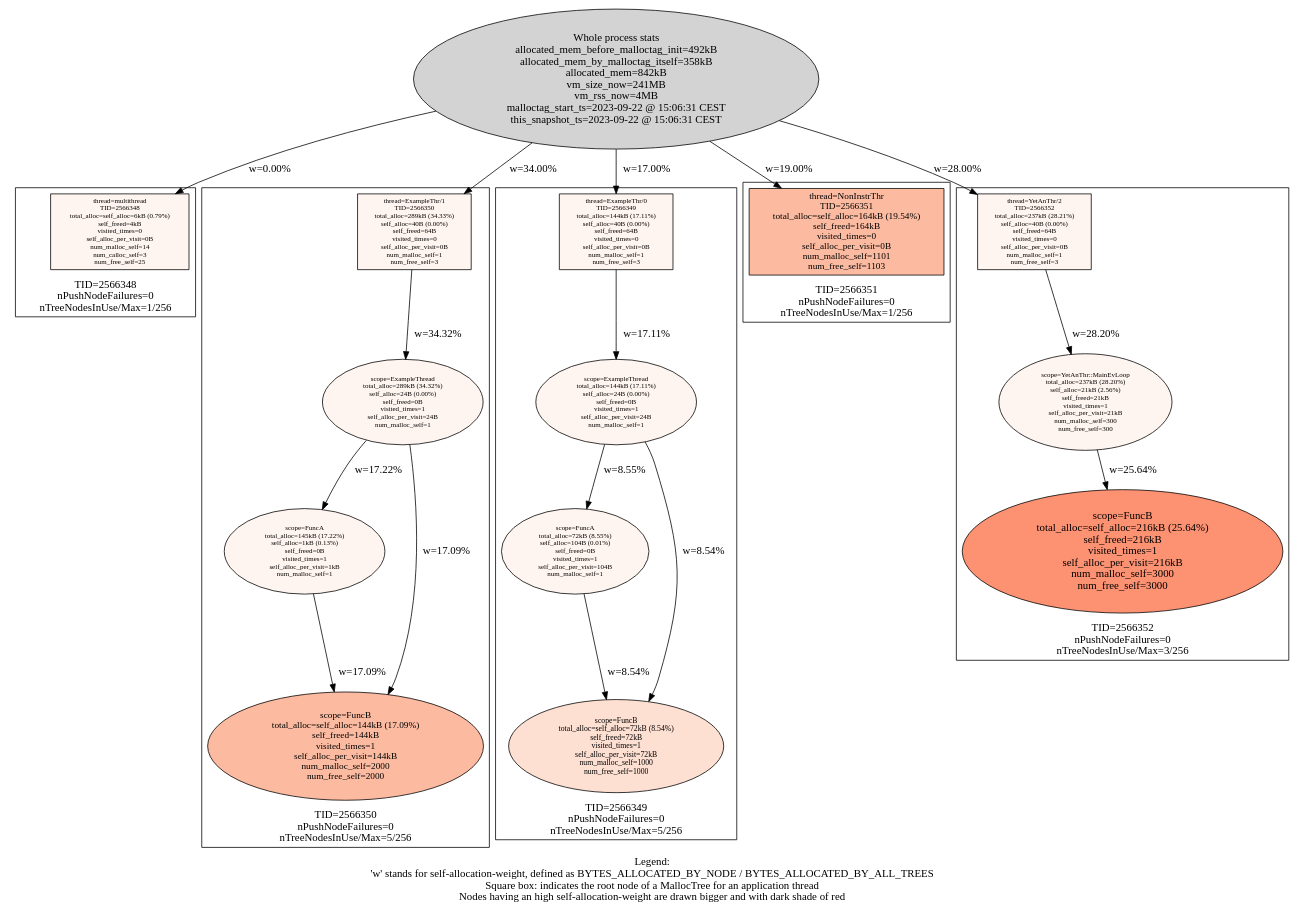
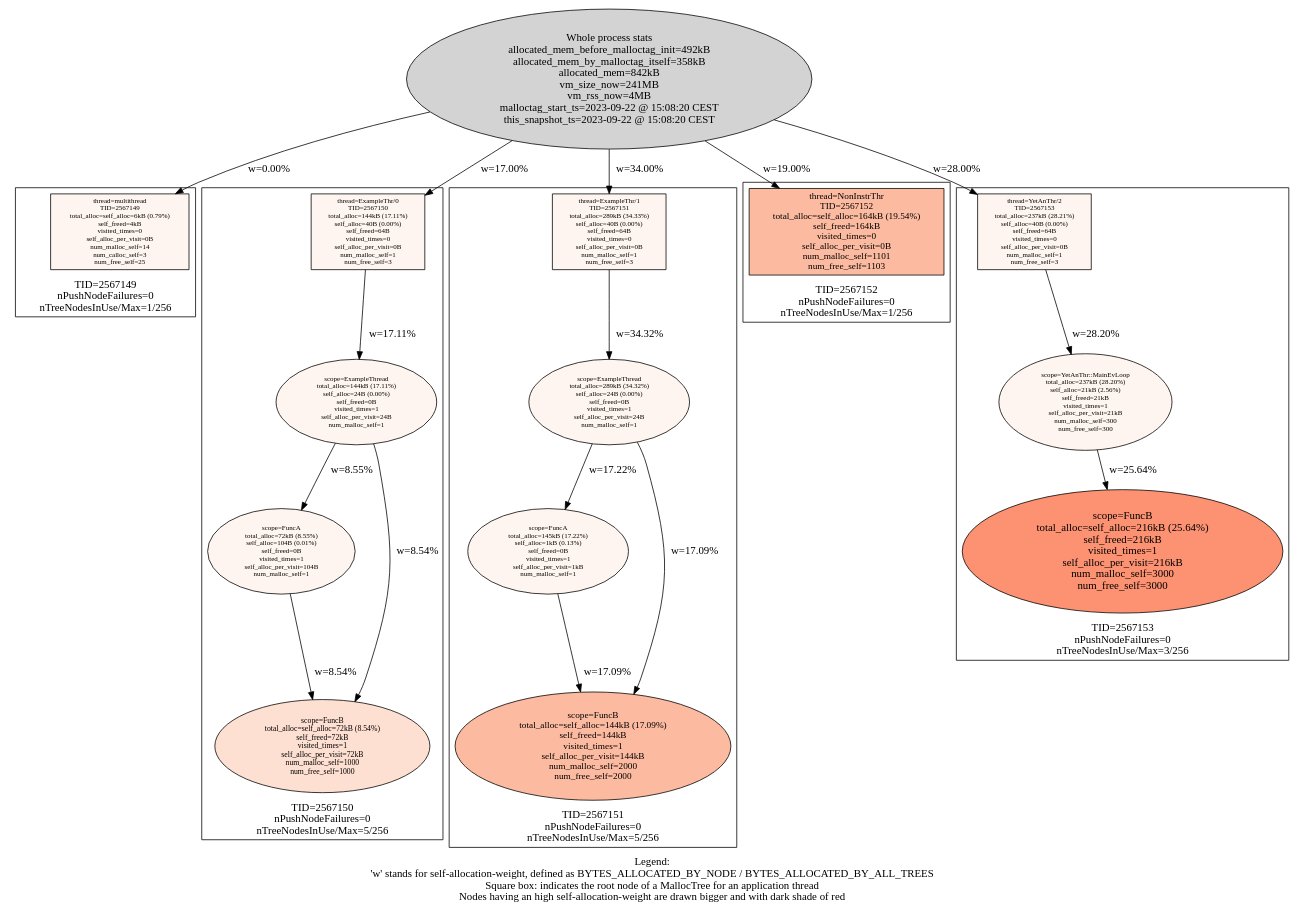
One commit to f18m/malloc-tag changed the diagram in examples/multithread/multithread_stats.dot. Above: the diagram before and after it, drawn with Graphviz. The commit also changed 5 other files, not shown here.

```diff
--- a/examples/multithread/multithread_stats.dot
+++ b/examples/multithread/multithread_stats.dot
@@ -1,82 +1,82 @@
 digraph AllMallocTrees {
  node [colorscheme=reds9 style=filled]
-  "Process 2566348" [label="Whole process stats\nallocated_mem_before_malloctag_init=492kB\nallocated_mem_by_malloctag_itself=358kB\nallocated_mem=842kB\nvm_size_now=241MB\nvm_rss_now=4MB\nmalloctag_start_ts=2023-09-22 @ 15:06:31 CEST\nthis_snapshot_ts=2023-09-22 @ 15:06:31 CEST\n"
+  "Process 2567149" [label="Whole process stats\nallocated_mem_before_malloctag_init=492kB\nallocated_mem_by_malloctag_itself=358kB\nallocated_mem=842kB\nvm_size_now=241MB\nvm_rss_now=4MB\nmalloctag_start_ts=2023-09-22 @ 15:08:20 CEST\nthis_snapshot_ts=2023-09-22 @ 15:08:20 CEST\n"
 ]
- subgraph cluster_TID2566348 {
+ subgraph cluster_TID2567149 {
   node [colorscheme=reds9 style=filled]
   labelloc="b"
-  label="TID=2566348\nnPushNodeFailures=0\nnTreeNodesInUse/Max=1/256\n"
-  "2566348_multithread" [label="thread=multithread\nTID=2566348\ntotal_alloc=self_alloc=6kB (0.79%)\nself_freed=4kB\nvisited_times=0\nself_alloc_per_visit=0B\nnum_malloc_self=14\nnum_calloc_self=3\nnum_free_self=25\n"
+  label="TID=2567149\nnPushNodeFailures=0\nnTreeNodesInUse/Max=1/256\n"
+  "2567149_multithread" [label="thread=multithread\nTID=2567149\ntotal_alloc=self_alloc=6kB (0.79%)\nself_freed=4kB\nvisited_times=0\nself_alloc_per_visit=0B\nnum_malloc_self=14\nnum_calloc_self=3\nnum_free_self=25\n"
  shape=box fillcolor=1 fontsize=9]
  }
 
-  "Process 2566348" -> "2566348_multithread" [label="w=0.00%"]
- subgraph cluster_TID2566350 {
+  "Process 2567149" -> "2567149_multithread" [label="w=0.00%"]
+ subgraph cluster_TID2567150 {
   node [colorscheme=reds9 style=filled]
   labelloc="b"
-  label="TID=2566350\nnPushNodeFailures=0\nnTreeNodesInUse/Max=5/256\n"
-  "2566350_ExampleThr/1" [label="thread=ExampleThr/1\nTID=2566350\ntotal_alloc=289kB (34.33%)\nself_alloc=40B (0.00%)\nself_freed=64B\nvisited_times=0\nself_alloc_per_visit=0B\nnum_malloc_self=1\nnum_free_self=3\n"
+  label="TID=2567150\nnPushNodeFailures=0\nnTreeNodesInUse/Max=5/256\n"
+  "2567150_ExampleThr/0" [label="thread=ExampleThr/0\nTID=2567150\ntotal_alloc=144kB (17.11%)\nself_alloc=40B (0.00%)\nself_freed=64B\nvisited_times=0\nself_alloc_per_visit=0B\nnum_malloc_self=1\nnum_free_self=3\n"
  shape=box fillcolor=1 fontsize=9]
-  "2566350_ExampleThr/1" -> "2566350_ExampleThread" [label="w=34.32%"]
-  "2566350_ExampleThread" [label="scope=ExampleThread\ntotal_alloc=289kB (34.32%)\nself_alloc=24B (0.00%)\nself_freed=0B\nvisited_times=1\nself_alloc_per_visit=24B\nnum_malloc_self=1\n"
+  "2567150_ExampleThr/0" -> "2567150_ExampleThread" [label="w=17.11%"]
+  "2567150_ExampleThread" [label="scope=ExampleThread\ntotal_alloc=144kB (17.11%)\nself_alloc=24B (0.00%)\nself_freed=0B\nvisited_times=1\nself_alloc_per_visit=24B\nnum_malloc_self=1\n"
  fillcolor=1 fontsize=9]
-  "2566350_ExampleThread" -> "2566350_FuncA" [label="w=17.22%"]
-  "2566350_ExampleThread" -> "2566350_FuncB" [label="w=17.09%"]
-  "2566350_FuncA" [label="scope=FuncA\ntotal_alloc=145kB (17.22%)\nself_alloc=1kB (0.13%)\nself_freed=0B\nvisited_times=1\nself_alloc_per_visit=1kB\nnum_malloc_self=1\n"
+  "2567150_ExampleThread" -> "2567150_FuncA" [label="w=8.55%"]
+  "2567150_ExampleThread" -> "2567150_FuncB" [label="w=8.54%"]
+  "2567150_FuncA" [label="scope=FuncA\ntotal_alloc=72kB (8.55%)\nself_alloc=104B (0.01%)\nself_freed=0B\nvisited_times=1\nself_alloc_per_visit=104B\nnum_malloc_self=1\n"
  fillcolor=1 fontsize=9]
-  "2566350_FuncA" -> "2566350_FuncB" [label="w=17.09%"]
-  "2566350_FuncB" [label="scope=FuncB\ntotal_alloc=self_alloc=144kB (17.09%)\nself_freed=144kB\nvisited_times=1\nself_alloc_per_visit=144kB\nnum_malloc_self=2000\nnum_free_self=2000\n"
+  "2567150_FuncA" -> "2567150_FuncB" [label="w=8.54%"]
+  "2567150_FuncB" [label="scope=FuncB\ntotal_alloc=self_alloc=72kB (8.54%)\nself_freed=72kB\nvisited_times=1\nself_alloc_per_visit=72kB\nnum_malloc_self=1000\nnum_free_self=1000\n"
+ fillcolor=2 fontsize=10]
+  "2567150_FuncB" [label="scope=FuncB\ntotal_alloc=self_alloc=72kB (8.54%)\nself_freed=72kB\nvisited_times=1\nself_alloc_per_visit=72kB\nnum_malloc_self=1000\nnum_free_self=1000\n"
+ fillcolor=2 fontsize=10]
+ }
+
+  "Process 2567149" -> "2567150_ExampleThr/0" [label="w=17.00%"]
+ subgraph cluster_TID2567151 {
+  node [colorscheme=reds9 style=filled]
+  labelloc="b"
+  label="TID=2567151\nnPushNodeFailures=0\nnTreeNodesInUse/Max=5/256\n"
+  "2567151_ExampleThr/1" [label="thread=ExampleThr/1\nTID=2567151\ntotal_alloc=289kB (34.33%)\nself_alloc=40B (0.00%)\nself_freed=64B\nvisited_times=0\nself_alloc_per_visit=0B\nnum_malloc_self=1\nnum_free_self=3\n"
+ shape=box fillcolor=1 fontsize=9]
+  "2567151_ExampleThr/1" -> "2567151_ExampleThread" [label="w=34.32%"]
+  "2567151_ExampleThread" [label="scope=ExampleThread\ntotal_alloc=289kB (34.32%)\nself_alloc=24B (0.00%)\nself_freed=0B\nvisited_times=1\nself_alloc_per_visit=24B\nnum_malloc_self=1\n"
+ fillcolor=1 fontsize=9]
+  "2567151_ExampleThread" -> "2567151_FuncA" [label="w=17.22%"]
+  "2567151_ExampleThread" -> "2567151_FuncB" [label="w=17.09%"]
+  "2567151_FuncA" [label="scope=FuncA\ntotal_alloc=145kB (17.22%)\nself_alloc=1kB (0.13%)\nself_freed=0B\nvisited_times=1\nself_alloc_per_visit=1kB\nnum_malloc_self=1\n"
+ fillcolor=1 fontsize=9]
+  "2567151_FuncA" -> "2567151_FuncB" [label="w=17.09%"]
+  "2567151_FuncB" [label="scope=FuncB\ntotal_alloc=self_alloc=144kB (17.09%)\nself_freed=144kB\nvisited_times=1\nself_alloc_per_visit=144kB\nnum_malloc_self=2000\nnum_free_self=2000\n"
  fillcolor=3 fontsize=12]
-  "2566350_FuncB" [label="scope=FuncB\ntotal_alloc=self_alloc=144kB (17.09%)\nself_freed=144kB\nvisited_times=1\nself_alloc_per_visit=144kB\nnum_malloc_self=2000\nnum_free_self=2000\n"
+  "2567151_FuncB" [label="scope=FuncB\ntotal_alloc=self_alloc=144kB (17.09%)\nself_freed=144kB\nvisited_times=1\nself_alloc_per_visit=144kB\nnum_malloc_self=2000\nnum_free_self=2000\n"
  fillcolor=3 fontsize=12]
  }
 
-  "Process 2566348" -> "2566350_ExampleThr/1" [label="w=34.00%"]
- subgraph cluster_TID2566349 {
+  "Process 2567149" -> "2567151_ExampleThr/1" [label="w=34.00%"]
+ subgraph cluster_TID2567152 {
   node [colorscheme=reds9 style=filled]
   labelloc="b"
-  label="TID=2566349\nnPushNodeFailures=0\nnTreeNodesInUse/Max=5/256\n"
-  "2566349_ExampleThr/0" [label="thread=ExampleThr/0\nTID=2566349\ntotal_alloc=144kB (17.11%)\nself_alloc=40B (0.00%)\nself_freed=64B\nvisited_times=0\nself_alloc_per_visit=0B\nnum_malloc_self=1\nnum_free_self=3\n"
- shape=box fillcolor=1 fontsize=9]
-  "2566349_ExampleThr/0" -> "2566349_ExampleThread" [label="w=17.11%"]
-  "2566349_ExampleThread" [label="scope=ExampleThread\ntotal_alloc=144kB (17.11%)\nself_alloc=24B (0.00%)\nself_freed=0B\nvisited_times=1\nself_alloc_per_visit=24B\nnum_malloc_self=1\n"
- fillcolor=1 fontsize=9]
-  "2566349_ExampleThread" -> "2566349_FuncA" [label="w=8.55%"]
-  "2566349_ExampleThread" -> "2566349_FuncB" [label="w=8.54%"]
-  "2566349_FuncA" [label="scope=FuncA\ntotal_alloc=72kB (8.55%)\nself_alloc=104B (0.01%)\nself_freed=0B\nvisited_times=1\nself_alloc_per_visit=104B\nnum_malloc_self=1\n"
- fillcolor=1 fontsize=9]
-  "2566349_FuncA" -> "2566349_FuncB" [label="w=8.54%"]
-  "2566349_FuncB" [label="scope=FuncB\ntotal_alloc=self_alloc=72kB (8.54%)\nself_freed=72kB\nvisited_times=1\nself_alloc_per_visit=72kB\nnum_malloc_self=1000\nnum_free_self=1000\n"
- fillcolor=2 fontsize=10]
-  "2566349_FuncB" [label="scope=FuncB\ntotal_alloc=self_alloc=72kB (8.54%)\nself_freed=72kB\nvisited_times=1\nself_alloc_per_visit=72kB\nnum_malloc_self=1000\nnum_free_self=1000\n"
- fillcolor=2 fontsize=10]
- }
-
-  "Process 2566348" -> "2566349_ExampleThr/0" [label="w=17.00%"]
- subgraph cluster_TID2566351 {
-  node [colorscheme=reds9 style=filled]
-  labelloc="b"
-  label="TID=2566351\nnPushNodeFailures=0\nnTreeNodesInUse/Max=1/256\n"
-  "2566351_NonInstrThr" [label="thread=NonInstrThr\nTID=2566351\ntotal_alloc=self_alloc=164kB (19.54%)\nself_freed=164kB\nvisited_times=0\nself_alloc_per_visit=0B\nnum_malloc_self=1101\nnum_free_self=1103\n"
+  label="TID=2567152\nnPushNodeFailures=0\nnTreeNodesInUse/Max=1/256\n"
+  "2567152_NonInstrThr" [label="thread=NonInstrThr\nTID=2567152\ntotal_alloc=self_alloc=164kB (19.54%)\nself_freed=164kB\nvisited_times=0\nself_alloc_per_visit=0B\nnum_malloc_self=1101\nnum_free_self=1103\n"
  shape=box fillcolor=3 fontsize=12]
  }
 
-  "Process 2566348" -> "2566351_NonInstrThr" [label="w=19.00%"]
- subgraph cluster_TID2566352 {
+  "Process 2567149" -> "2567152_NonInstrThr" [label="w=19.00%"]
+ subgraph cluster_TID2567153 {
   node [colorscheme=reds9 style=filled]
   labelloc="b"
-  label="TID=2566352\nnPushNodeFailures=0\nnTreeNodesInUse/Max=3/256\n"
-  "2566352_YetAnThr/2" [label="thread=YetAnThr/2\nTID=2566352\ntotal_alloc=237kB (28.21%)\nself_alloc=40B (0.00%)\nself_freed=64B\nvisited_times=0\nself_alloc_per_visit=0B\nnum_malloc_self=1\nnum_free_self=3\n"
+  label="TID=2567153\nnPushNodeFailures=0\nnTreeNodesInUse/Max=3/256\n"
+  "2567153_YetAnThr/2" [label="thread=YetAnThr/2\nTID=2567153\ntotal_alloc=237kB (28.21%)\nself_alloc=40B (0.00%)\nself_freed=64B\nvisited_times=0\nself_alloc_per_visit=0B\nnum_malloc_self=1\nnum_free_self=3\n"
  shape=box fillcolor=1 fontsize=9]
-  "2566352_YetAnThr/2" -> "2566352_YetAnThr::MainEvLoop" [label="w=28.20%"]
-  "2566352_YetAnThr::MainEvLoop" [label="scope=YetAnThr::MainEvLoop\ntotal_alloc=237kB (28.20%)\nself_alloc=21kB (2.56%)\nself_freed=21kB\nvisited_times=1\nself_alloc_per_visit=21kB\nnum_malloc_self=300\nnum_free_self=300\n"
+  "2567153_YetAnThr/2" -> "2567153_YetAnThr::MainEvLoop" [label="w=28.20%"]
+  "2567153_YetAnThr::MainEvLoop" [label="scope=YetAnThr::MainEvLoop\ntotal_alloc=237kB (28.20%)\nself_alloc=21kB (2.56%)\nself_freed=21kB\nvisited_times=1\nself_alloc_per_visit=21kB\nnum_malloc_self=300\nnum_free_self=300\n"
  fillcolor=1 fontsize=9]
-  "2566352_YetAnThr::MainEvLoop" -> "2566352_FuncB" [label="w=25.64%"]
-  "2566352_FuncB" [label="scope=FuncB\ntotal_alloc=self_alloc=216kB (25.64%)\nself_freed=216kB\nvisited_times=1\nself_alloc_per_visit=216kB\nnum_malloc_self=3000\nnum_free_self=3000\n"
+  "2567153_YetAnThr::MainEvLoop" -> "2567153_FuncB" [label="w=25.64%"]
+  "2567153_FuncB" [label="scope=FuncB\ntotal_alloc=self_alloc=216kB (25.64%)\nself_freed=216kB\nvisited_times=1\nself_alloc_per_visit=216kB\nnum_malloc_self=3000\nnum_free_self=3000\n"
  fillcolor=4 fontsize=14]
  }
 
-  "Process 2566348" -> "2566352_YetAnThr/2" [label="w=28.00%"]
+  "Process 2567149" -> "2567153_YetAnThr/2" [label="w=28.00%"]
  labelloc="b"
  label="Legend:\n'w' stands for self-allocation-weight, defined as BYTES_ALLOCATED_BY_NODE / BYTES_ALLOCATED_BY_ALL_TREES\nSquare box: indicates the root node of a MallocTree for an application thread\nNodes having an high self-allocation-weight are drawn bigger and with dark shade of red\n"
 }
```
